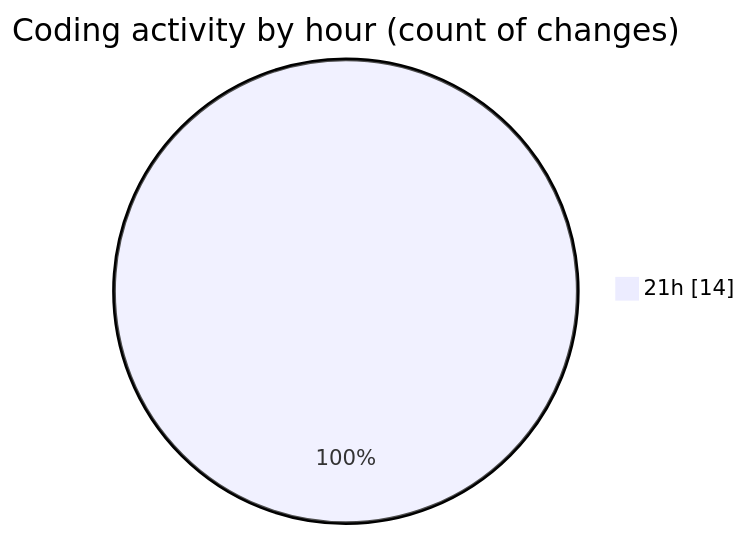
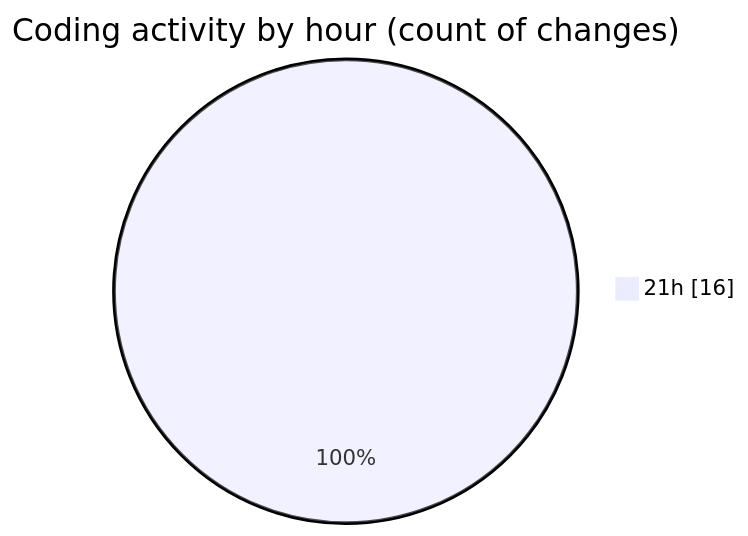
One commit to Ritupan-Deka/code-tracking changed the second of 2 diagrams in 2025-10-31/backend/README.md. Above: the diagram before and after it, drawn with Mermaid. The commit also changed other lines of this file and 1 other file, not shown here.

````diff
--- a/2025-10-31/backend/README.md
+++ b/2025-10-31/backend/README.md
@@ -32,5 +32,5 @@
 ```mermaid
 pie showData
 title Coding activity by hour (count of changes)
-"21h" : 14
+"21h" : 16
 ```
````
